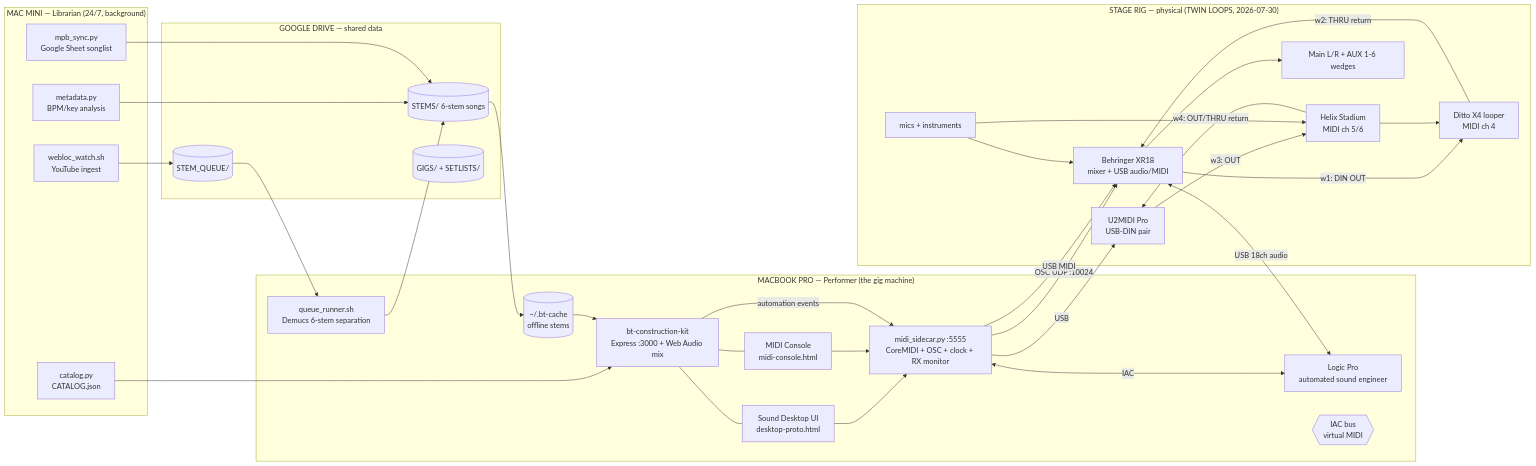
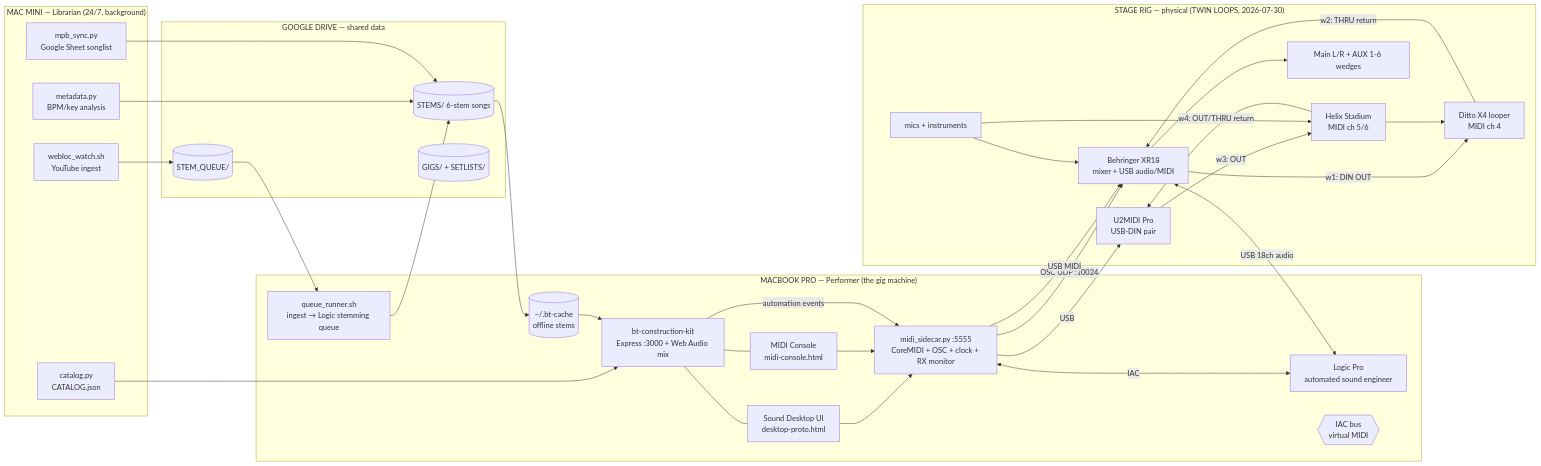
One commit to williambnorton/simpleStem changed the diagram in docs/16_SYSTEM_ARCHITECTURE.md. Above: the diagram before and after it, drawn with Mermaid. The commit also changed other lines of this file and 128 other files, not shown here.

````diff
--- a/docs/16_SYSTEM_ARCHITECTURE.md
+++ b/docs/16_SYSTEM_ARCHITECTURE.md
@@ -10,56 +10,56 @@
 ```mermaid
 flowchart LR
   subgraph MINI["MAC MINI — Librarian (24/7, background)"]
     WATCH[webloc_watch.sh<br/>YouTube ingest]
     META[metadata.py<br/>BPM/key analysis]
     CAT[catalog.py<br/>CATALOG.json]
     SHEET[mpb_sync.py<br/>Google Sheet songlist]
   end
 
   subgraph DRIVE["GOOGLE DRIVE — shared data"]
     STEMS[(STEMS/ 6-stem songs)]
     QUEUE[(STEM_QUEUE/)]
     GIGS[(GIGS/ + SETLISTS/)]
   end
 
   subgraph MBP["MACBOOK PRO — Performer (the gig machine)"]
     PORTAL[bt-construction-kit<br/>Express :3000 + Web Audio mix]
     DESK[Sound Desktop UI<br/>desktop-proto.html]
     CONSOLE[MIDI Console<br/>midi-console.html]
-    RUNNER[queue_runner.sh<br/>Demucs 6-stem separation]
+    RUNNER[queue_runner.sh<br/>ingest → Logic stemming queue]
     SIDECAR[midi_sidecar.py :5555<br/>CoreMIDI + OSC + clock + RX monitor]
     CACHE[(~/.bt-cache<br/>offline stems)]
     LOGIC[Logic Pro<br/>automated sound engineer]
     IAC{{IAC bus<br/>virtual MIDI}}
   end
 
   subgraph STAGE["STAGE RIG — physical (TWIN LOOPS, 2026-07-30)"]
     U2MIDI[U2MIDI Pro<br/>USB-DIN pair]
     XR18[Behringer XR18<br/>mixer + USB audio/MIDI]
     DITTO[Ditto X4 looper<br/>MIDI ch 4]
     HELIX[Helix Stadium<br/>MIDI ch 5/6]
     MICS[mics + instruments]
     PA[Main L/R + AUX 1-6 wedges]
   end
 
   WATCH --> QUEUE --> RUNNER --> STEMS
   META --> STEMS
   SHEET --> STEMS
   CAT --> PORTAL
   STEMS --> CACHE --> PORTAL
   PORTAL --- DESK
   PORTAL --- CONSOLE
   DESK --> SIDECAR
   CONSOLE --> SIDECAR
   PORTAL -->|automation events| SIDECAR
   SIDECAR -->|OSC UDP :10024| XR18
   SIDECAR -->|USB MIDI| XR18
   XR18 -->|w1: DIN OUT| DITTO -->|w2: THRU return| XR18
   SIDECAR -->|USB| U2MIDI
   U2MIDI -->|w3: OUT| HELIX -->|w4: OUT/THRU return| U2MIDI
   SIDECAR <-->|IAC| LOGIC
   MICS --> HELIX --> DITTO
   MICS --> XR18
   XR18 <-->|USB 18ch audio| LOGIC
   XR18 --> PA
 ```
````
